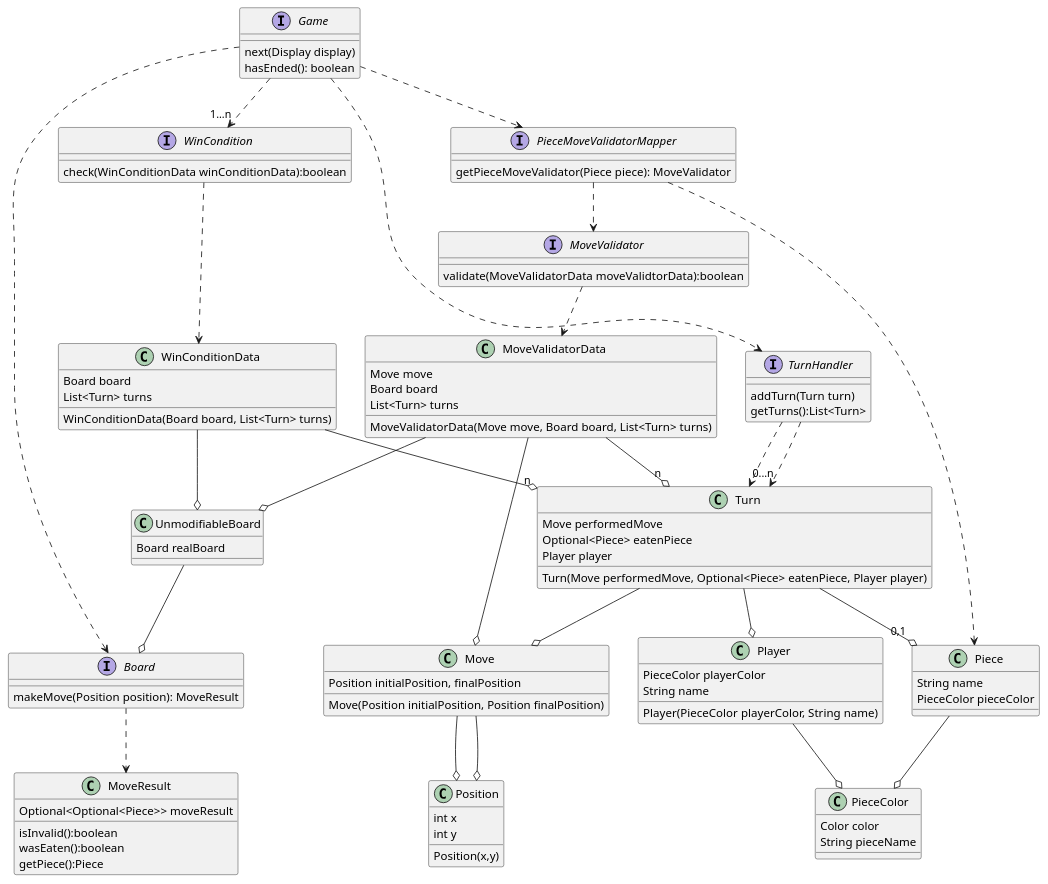
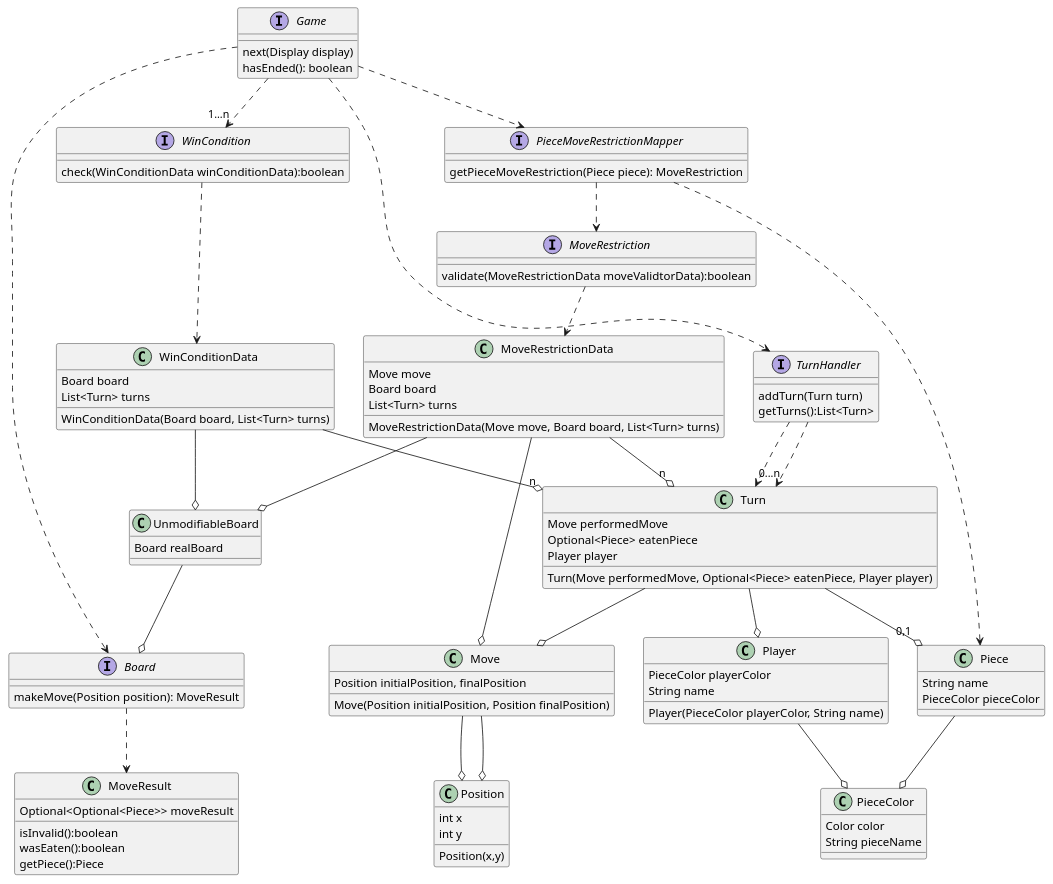
Before and after one commit to jalopbauer/chess: the diagram in class_diagram.puml, drawn with PlantUML.

Commit message:
Renamed MoveValidator to MovementRestriction

```diff
--- a/class_diagram.puml
+++ b/class_diagram.puml
@@ -1,118 +1,118 @@
 @startuml Chess
 
 class Position
 Position : int x
 Position : int y
 ' Methods
 Position : Position(x,y)
 
 class Move
 Move : Position initialPosition, finalPosition
 ' Methods
 Move : Move(Position initialPosition, Position finalPosition)
 ' Relationships
 Move --o Position
 Move --o Position
 
-class MoveValidatorData
-MoveValidatorData : Move move
-MoveValidatorData : Board board
-MoveValidatorData : List<Turn> turns
+class MoveRestrictionData
+MoveRestrictionData : Move move
+MoveRestrictionData : Board board
+MoveRestrictionData : List<Turn> turns
 ' Methods
-MoveValidatorData : MoveValidatorData(Move move, Board board, List<Turn> turns)
+MoveRestrictionData : MoveRestrictionData(Move move, Board board, List<Turn> turns)
 ' Relationships
-MoveValidatorData --o Move
-MoveValidatorData --o UnmodifiableBoard
-MoveValidatorData --o "n" Turn
+MoveRestrictionData --o Move
+MoveRestrictionData --o UnmodifiableBoard
+MoveRestrictionData --o "n" Turn
 
 class WinConditionData
 WinConditionData : Board board
 WinConditionData : List<Turn> turns
 ' Methods
 WinConditionData : WinConditionData(Board board, List<Turn> turns)
 ' Relationships
 WinConditionData --o UnmodifiableBoard
 WinConditionData --o "n" Turn
 
 class Turn
 Turn : Move performedMove
 Turn : Optional<Piece> eatenPiece
 Turn : Player player
 ' Methods
 Turn : Turn(Move performedMove, Optional<Piece> eatenPiece, Player player)
 ' Relationships
 Turn --o Move
 Turn --o "0,1" Piece
 Turn --o Player
 
 class Player
 Player : PieceColor playerColor
 Player : String name
 ' Methods
 Player : Player(PieceColor playerColor, String name)
 ' Relationships
 Player --o PieceColor
 
 class PieceColor
 PieceColor : Color color
 PieceColor : String pieceName
 
 
 class UnmodifiableBoard
 UnmodifiableBoard : Board realBoard
 UnmodifiableBoard --o Board
 
 class Piece
 Piece : String name
 Piece : PieceColor pieceColor
 ' Relationships
 Piece --o PieceColor
 
 ' No me gusta, cambiar
 class MoveResult
 MoveResult : Optional<Optional<Piece>> moveResult
 MoveResult : isInvalid():boolean
 MoveResult : wasEaten():boolean
 MoveResult : getPiece():Piece
 
-interface MoveValidator
-MoveValidator : validate(MoveValidatorData moveValidtorData):boolean
+interface MoveRestriction
+MoveRestriction : validate(MoveRestrictionData moveValidtorData):boolean
 ' Relationships
-MoveValidator ..> MoveValidatorData
+MoveRestriction ..> MoveRestrictionData
 
 interface Board
 Board : makeMove(Position position): MoveResult
 ' Relationships
 Board ..> MoveResult
 
 interface WinCondition
 WinCondition : check(WinConditionData winConditionData):boolean
 ' Relationships
 WinCondition ..> WinConditionData
 
-interface PieceMoveValidatorMapper
-PieceMoveValidatorMapper : getPieceMoveValidator(Piece piece): MoveValidator
+interface PieceMoveRestrictionMapper
+PieceMoveRestrictionMapper : getPieceMoveRestriction(Piece piece): MoveRestriction
 ' Relationships
-PieceMoveValidatorMapper ..> Piece
-PieceMoveValidatorMapper ..> MoveValidator
+PieceMoveRestrictionMapper ..> Piece
+PieceMoveRestrictionMapper ..> MoveRestriction
 
 interface TurnHandler
 TurnHandler : addTurn(Turn turn)
 TurnHandler : getTurns():List<Turn>
 ' Relationships
 TurnHandler ..> Turn
 TurnHandler ..> "0...n" Turn
 
 interface Game
 Game : next(Display display)
 Game : hasEnded(): boolean
 ' Relationships
 Game ..> TurnHandler
-Game ..> PieceMoveValidatorMapper
+Game ..> PieceMoveRestrictionMapper
 Game ..> Board
 Game ..> "1...n" WinCondition
 
 ' Se llaman movement restrictions
 ' Las win conditions siempre van a usar WinConditionData y nunca va a cambiar. Pasar un puntero pero que no lo pueda editar maybe mejor?
-' MoveValidatorData los mismo ue arriba peeero el move si cambia entonces eso si pasar por el metodo?
+' MoveRestrictionData los mismo ue arriba peeero el move si cambia entonces eso si pasar por el metodo?
 @enduml
```
